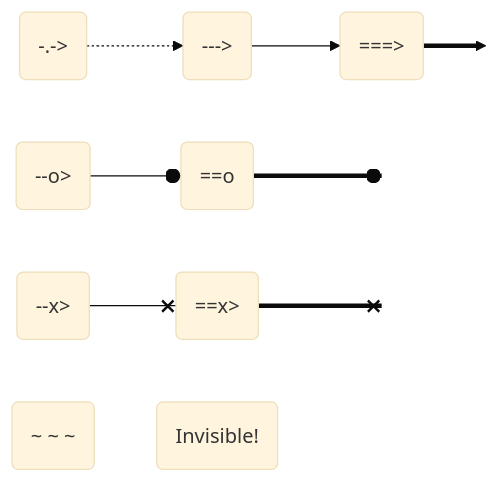
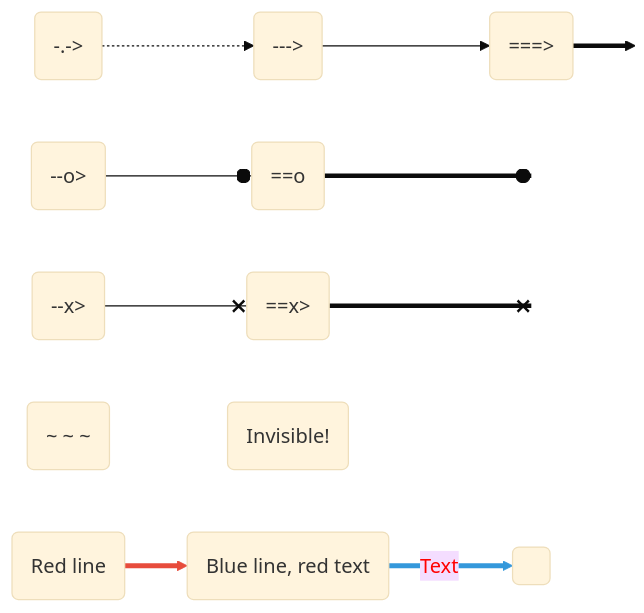
Before and after one commit to APrettyCoolProgram/aprettycoolprogram: the diagram in profile/mermaid/mermaid-node-links.md, drawn with Mermaid (base theme).

````diff
--- a/profile/mermaid/mermaid-node-links.md
+++ b/profile/mermaid/mermaid-node-links.md
@@ -5,25 +5,31 @@
 ```mermaid
 flowchart LR
     %% Components
     A@{shape: rounded, label: "-.->"}
     B@{shape: rounded, label: "--->"}
     C@{shape: rounded, label: "===>"}
     HiddenA@{shape: rounded}
     E@{shape: rounded, label: "--o>"}
     F@{shape: rounded, label: "==o"}
     HiddenB@{shape: rounded}
     H@{shape: rounded, label: "--x>"}
     I@{shape: rounded, label: "==x>"}
     HiddenC@{shape: rounded}
     J@{shape: rounded, label: ["~ ~ ~"]}
     K@{shape: rounded, label: "Invisible!"}
-
+    L@{shape: rounded, label: "Red line"}
+    M@{shape: rounded, label: "Blue line, red text"}
+    N@{shape: rounded, label: " "}
+    HiddenD@{shape: rounded}
     %% Layout
     A -.-> B --> C ==> HiddenA
     E --o F ==o HiddenB
     H --x I ==x HiddenC
     J ~~~ K
+    L --> M -- Text --> N
     %% Styles
     classDef Hidden display: none;
-    class HiddenA,HiddenB,HiddenC Hidden
+    class HiddenA,HiddenB,HiddenC,HiddenD Hidden
+    linkStyle 8 stroke:#e74c3c,stroke-width:4px,color:red;
+    linkStyle 9 stroke:#3498db ,stroke-width:4px,color:red;
 ```
````
